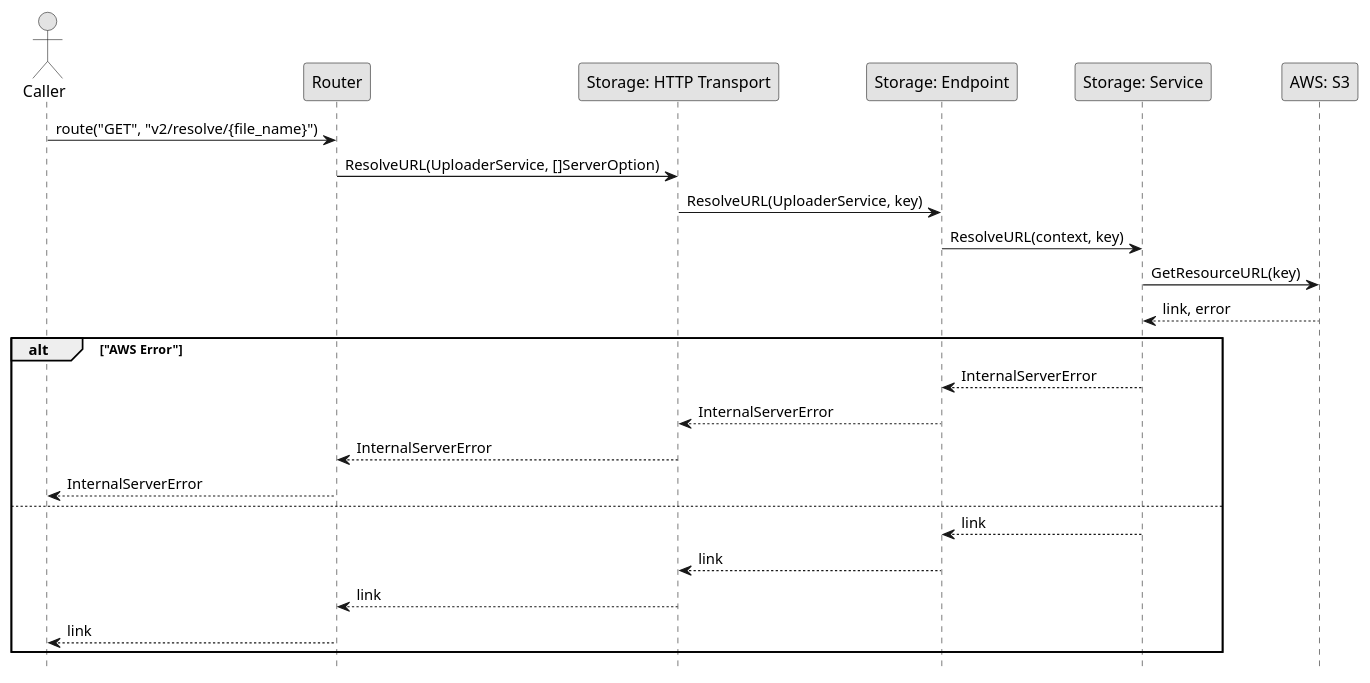
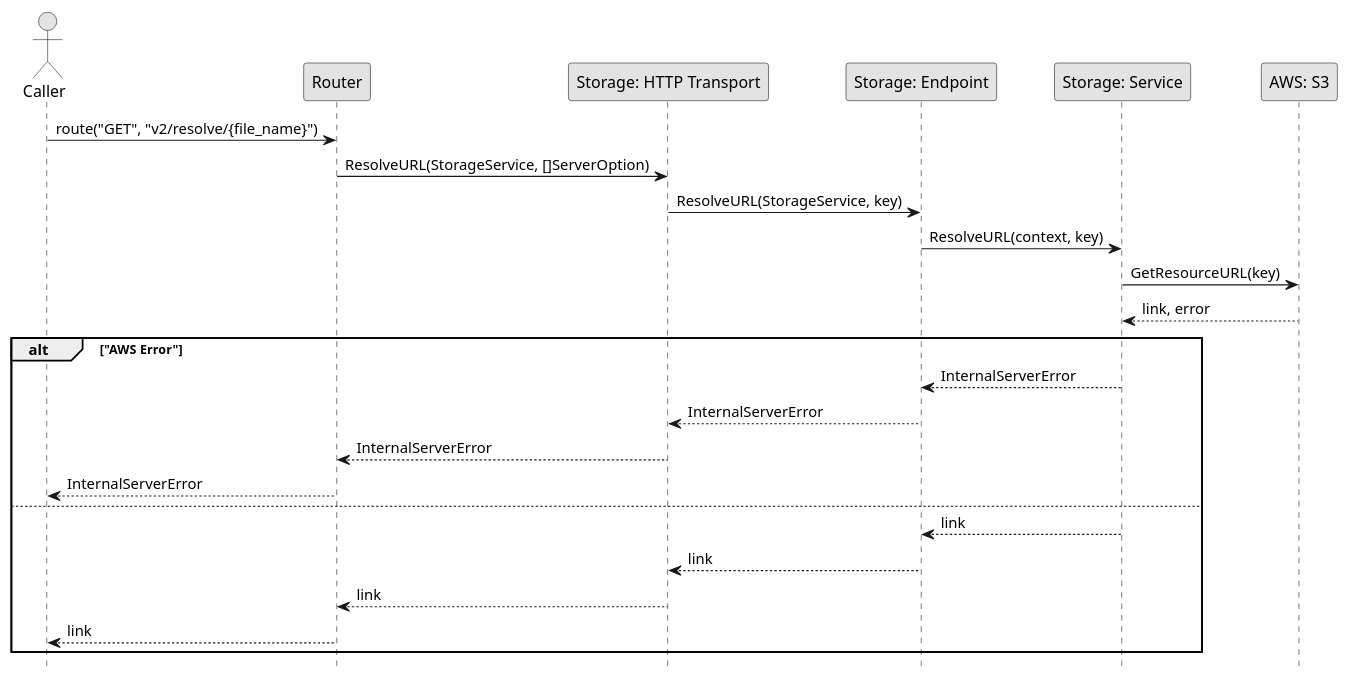
One commit to fwidjaya20/fazzlearning-uml changed the diagram in Sequence/Release01/Resolve.wsd. Above: the diagram before and after it, drawn with PlantUML. The commit also changed 7 other files, not shown here.

Commit message:
fix(diagram): fix invalid function name

```diff
--- a/Sequence/Release01/Resolve.wsd
+++ b/Sequence/Release01/Resolve.wsd
@@ -1,33 +1,33 @@
 @startuml Resolve
 
 skinparam Monochrome true
 skinparam Shadowing false
 hide footbox
 
 actor Caller
 participant "Router" as Router
 participant "Storage: HTTP Transport" as StorageHTTPTransport
 participant "Storage: Endpoint" as StorageEndpoint
 participant "Storage: Service" as StorageService
 participant "AWS: S3" as AWSS3
 
 Caller->Router: route("GET", "v2/resolve/{file_name}")
-Router->StorageHTTPTransport: ResolveURL(UploaderService, []ServerOption)
-StorageHTTPTransport->StorageEndpoint: ResolveURL(UploaderService, key)
+Router->StorageHTTPTransport: ResolveURL(StorageService, []ServerOption)
+StorageHTTPTransport->StorageEndpoint: ResolveURL(StorageService, key)
 StorageEndpoint->StorageService: ResolveURL(context, key)
 StorageService->AWSS3: GetResourceURL(key)
 AWSS3-->StorageService: link, error
 
 alt "AWS Error"
     StorageService-->StorageEndpoint: InternalServerError
     StorageEndpoint-->StorageHTTPTransport: InternalServerError
     StorageHTTPTransport-->Router: InternalServerError
     Router-->Caller: InternalServerError
 else
     StorageService-->StorageEndpoint: link
     StorageEndpoint-->StorageHTTPTransport: link
     StorageHTTPTransport-->Router: link
     Router-->Caller: link
 end
 
 @enduml
```
